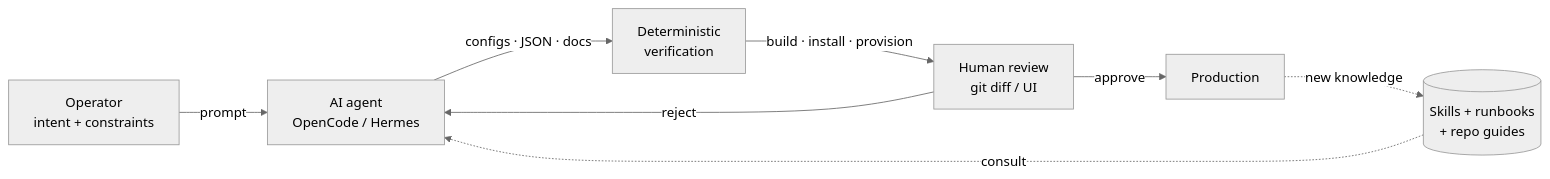
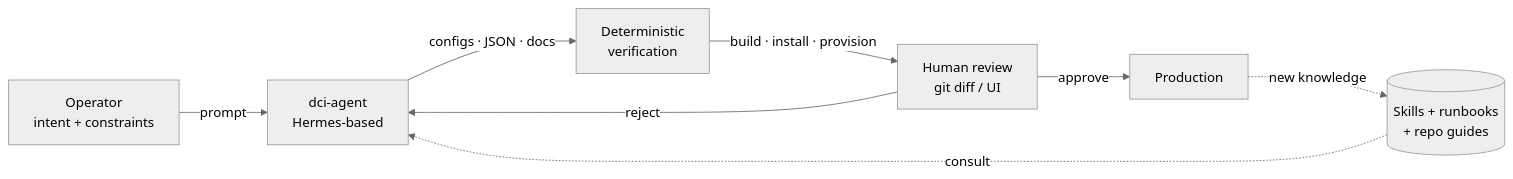
Before and after one commit to hanx-hep/12th-diracx-workshop: the first of 4 diagrams in slides.md, drawn with Mermaid (neutral theme). The commit also changed other lines of this file, not shown here.

First line of the commit message:
Rework Operate section around dci-agent and scoped MCP actions

````diff
--- a/slides.md
+++ b/slides.md
@@ -120,10 +120,10 @@
 ```mermaid {scale: 0.58}
 flowchart LR
-    A[Operator<br/>intent + constraints] -->|prompt| B[AI agent<br/>OpenCode / Hermes]
+    A[Operator<br/>intent + constraints] -->|prompt| B[dci-agent<br/>Hermes-based]
     S[(Skills + runbooks<br/>+ repo guides)] -. consult .-> B
     B -->|configs · JSON · docs| C[Deterministic<br/>verification]
     C -->|build · install · provision| D[Human review<br/>git diff / UI]
     D -->|approve| E[Production]
     D -->|reject| B
     E -. new knowledge .-> S
 ```
````
